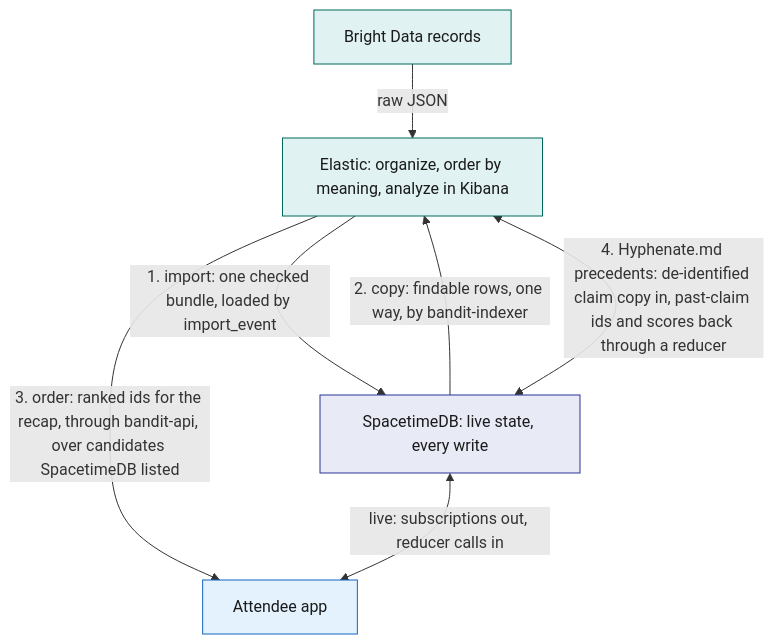
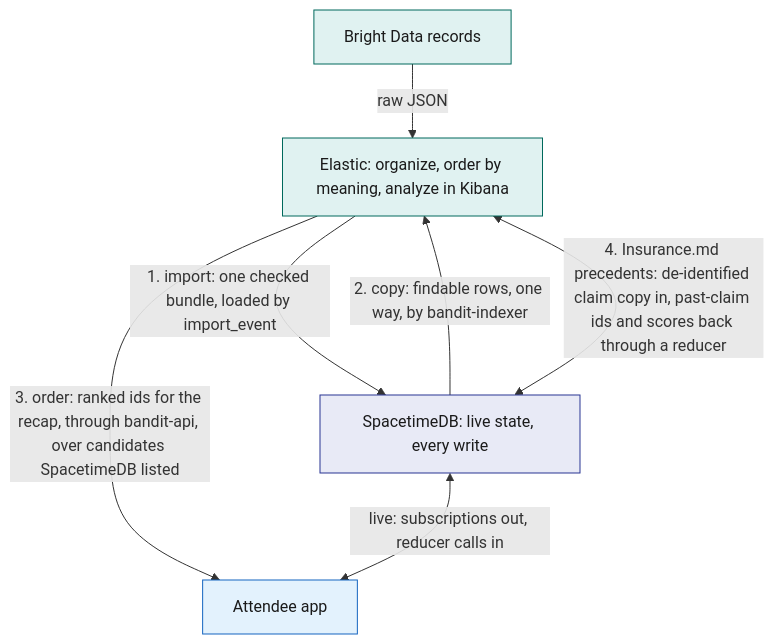
The fourth of 5 diagrams in System Design/1-overview/Architecture.md (viktorinkov/cal-hacks-13), drawn with Mermaid before and after one commit. The commit also changed other lines of this file and 20 other files, not shown here.

Commit message:
Organizer decides every claim; Hyphenate.md is now Insurance.md

````diff
--- a/System Design/1-overview/Architecture.md
+++ b/System Design/1-overview/Architecture.md
@@ -236,15 +236,15 @@
 ```mermaid
 flowchart TB
   BD["Bright Data records"] -->|"raw JSON"| ES["Elastic: organize, order by meaning, analyze in Kibana"]
   ES -->|"1. import: one checked bundle, loaded by import_event"| STDB["SpacetimeDB: live state, every write"]
   STDB -->|"2. copy: findable rows, one way, by bandit-indexer"| ES
   ES -->|"3. order: ranked ids for the recap, through bandit-api, over candidates SpacetimeDB listed"| APP["Attendee app"]
-  STDB <-->|"4. Hyphenate.md precedents: de-identified claim copy in, past-claim ids and scores back through a reducer"| ES
+  STDB <-->|"4. Insurance.md precedents: de-identified claim copy in, past-claim ids and scores back through a reducer"| ES
   STDB <-->|"live: subscriptions out, reducer calls in"| APP
   classDef stdb fill:#E8EAF6,stroke:#283593,color:#1A1A1A
   classDef ext fill:#E0F2F1,stroke:#00695C,color:#1A1A1A
   classDef web fill:#E3F2FD,stroke:#1565C0,color:#1A1A1A
   class STDB stdb
   class ES,BD ext
   class APP web
 ```
````
